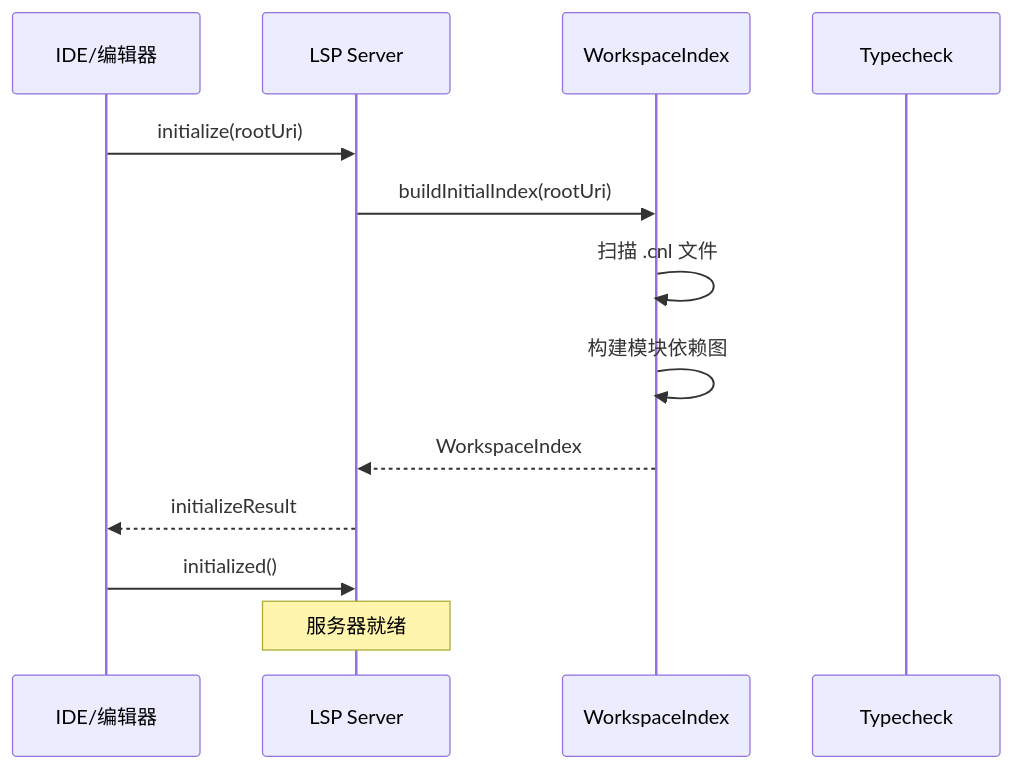
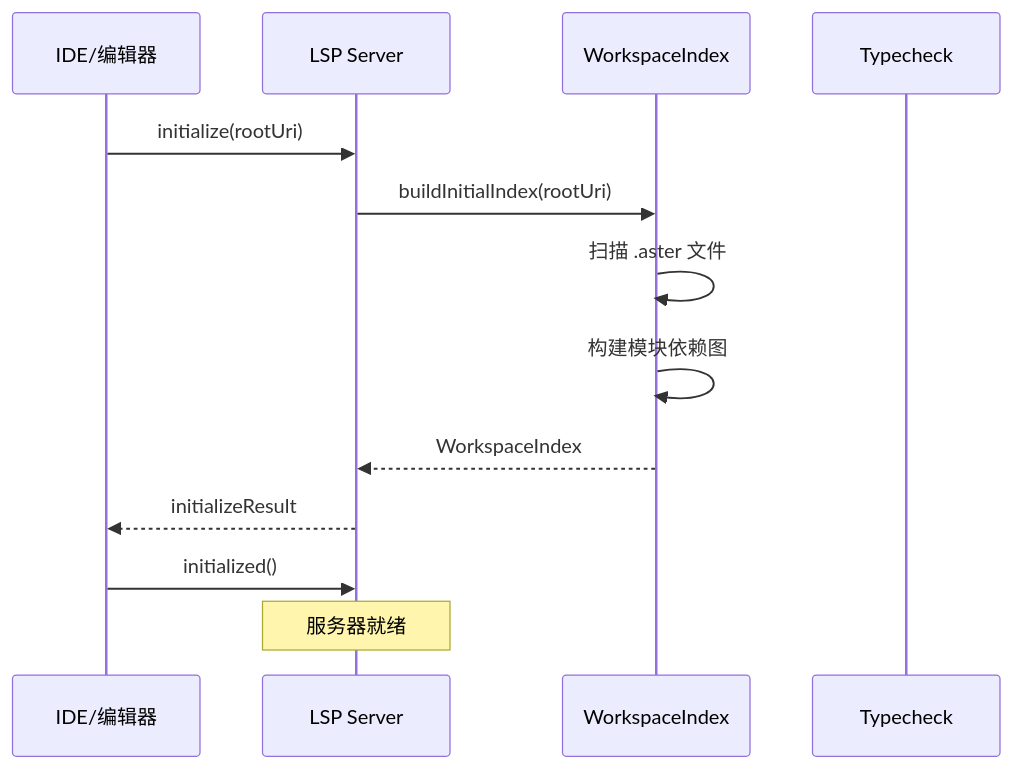
Before and after one commit to aster-cloud/aster-lang: the sixth of 11 diagrams in docs/architecture.md, drawn with Mermaid. The commit also changed other lines of this file and 284 other files, not shown here.

First line of the commit message:
重构: 将文件扩展名从 .cnl 迁移至 .aster

````diff
--- a/docs/architecture.md
+++ b/docs/architecture.md
@@ -889,16 +889,16 @@
 ```mermaid
 sequenceDiagram
     participant Client as IDE/编辑器
     participant Server as LSP Server
     participant Index as WorkspaceIndex
     participant Checker as Typecheck
 
     Client->>Server: initialize(rootUri)
     Server->>Index: buildInitialIndex(rootUri)
-    Index->>Index: 扫描 .cnl 文件
+    Index->>Index: 扫描 .aster 文件
     Index->>Index: 构建模块依赖图
     Index-->>Server: WorkspaceIndex
     Server-->>Client: initializeResult
     Client->>Server: initialized()
     Note over Server: 服务器就绪
 ```
````
